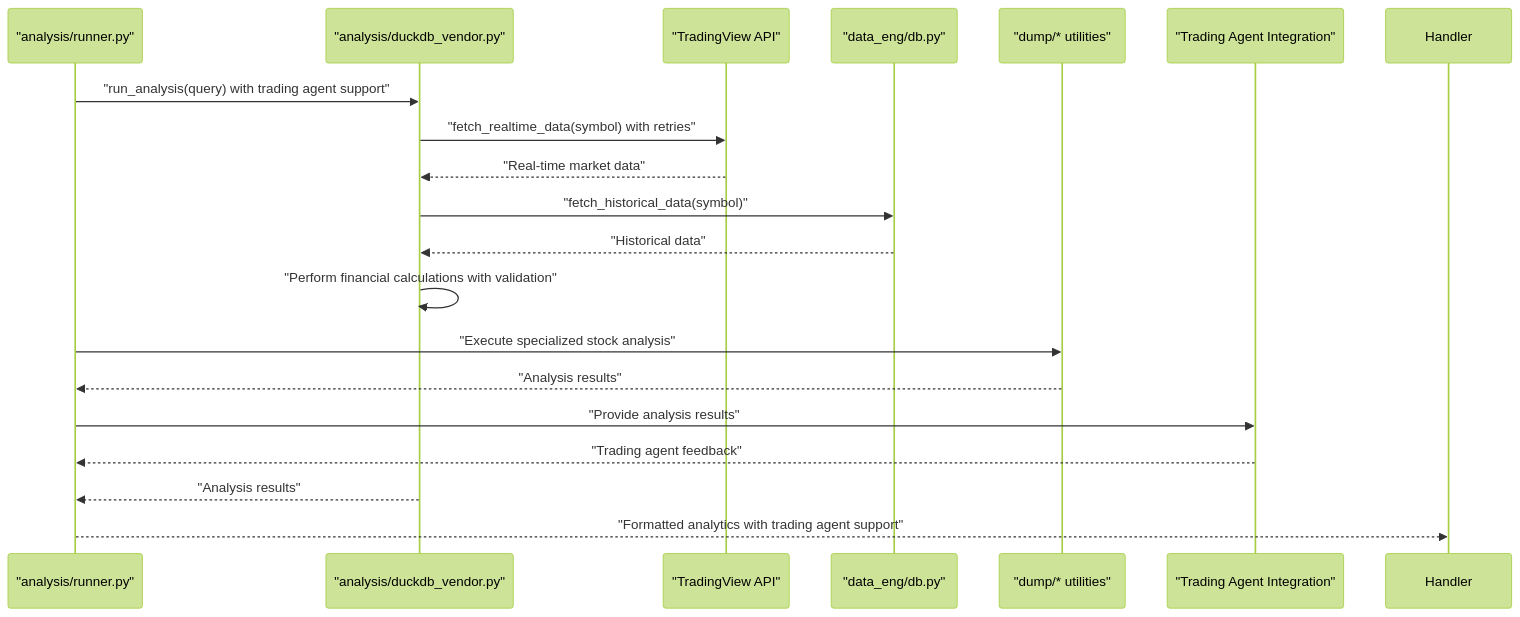
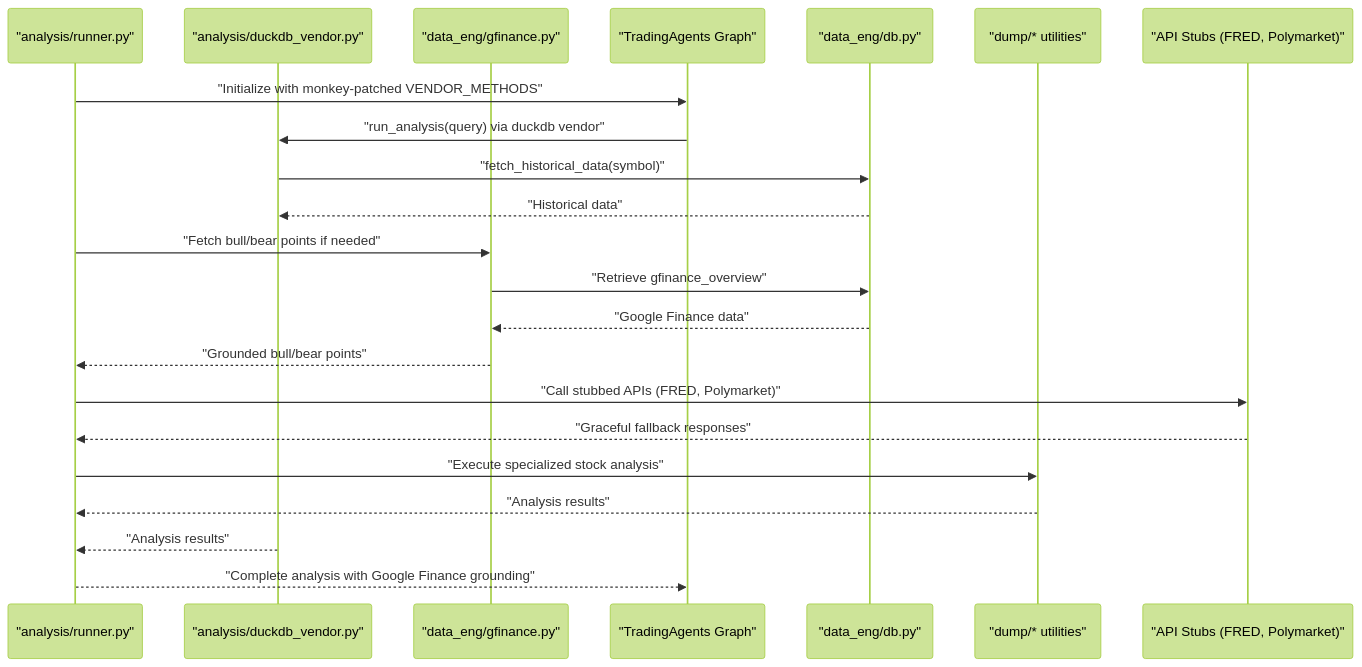
One commit to ZengSeng/telegram-bot changed the ninth of 13 diagrams in .qoder/repowiki/en/content/Core Components/Analysis Framework.md. Above: the diagram before and after it, drawn with Mermaid (forest theme). The commit also changed other lines of this file and 22 other files, not shown here.

````diff
--- a/.qoder/repowiki/en/content/Core Components/Analysis Framework.md
+++ b/.qoder/repowiki/en/content/Core Components/Analysis Framework.md
@@ -431,21 +461,24 @@
 ```mermaid
 sequenceDiagram
 participant Runner as "analysis/runner.py"
 participant DuckDB as "analysis/duckdb_vendor.py"
-participant TradingView as "TradingView API"
+participant GoogleFinance as "data_eng/gfinance.py"
+participant TradingAgents as "TradingAgents Graph"
 participant DB as "data_eng/db.py"
 participant DumpUtils as "dump/* utilities"
-participant TradingAgent as "Trading Agent Integration"
-Runner->>DuckDB : "run_analysis(query) with trading agent support"
-DuckDB->>TradingView : "fetch_realtime_data(symbol) with retries"
-TradingView-->>DuckDB : "Real-time market data"
+participant Stubs as "API Stubs (FRED, Polymarket)"
+Runner->>TradingAgents : "Initialize with monkey-patched VENDOR_METHODS"
+TradingAgents->>DuckDB : "run_analysis(query) via duckdb vendor"
 DuckDB->>DB : "fetch_historical_data(symbol)"
 DB-->>DuckDB : "Historical data"
-DuckDB->>DuckDB : "Perform financial calculations with validation"
+Runner->>GoogleFinance : "Fetch bull/bear points if needed"
+GoogleFinance->>DB : "Retrieve gfinance_overview"
+DB-->>GoogleFinance : "Google Finance data"
+GoogleFinance-->>Runner : "Grounded bull/bear points"
+Runner->>Stubs : "Call stubbed APIs (FRED, Polymarket)"
+Stubs-->>Runner : "Graceful fallback responses"
 Runner->>DumpUtils : "Execute specialized stock analysis"
 DumpUtils-->>Runner : "Analysis results"
-Runner->>TradingAgent : "Provide analysis results"
-TradingAgent-->>Runner : "Trading agent feedback"
 DuckDB-->>Runner : "Analysis results"
-Runner-->>Handler : "Formatted analytics with trading agent support"
+Runner-->>TradingAgents : "Complete analysis with Google Finance grounding"
 ```
````
